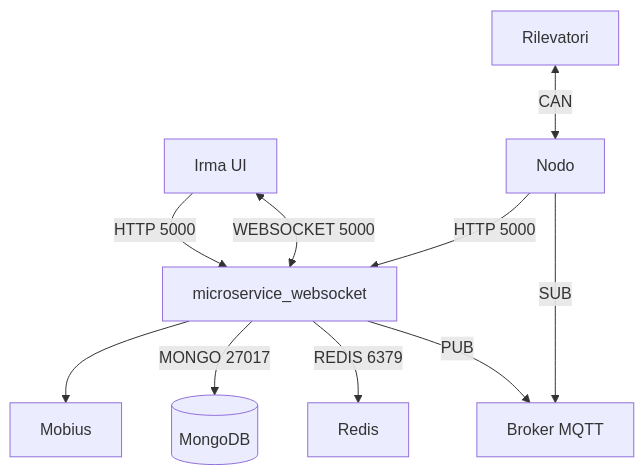
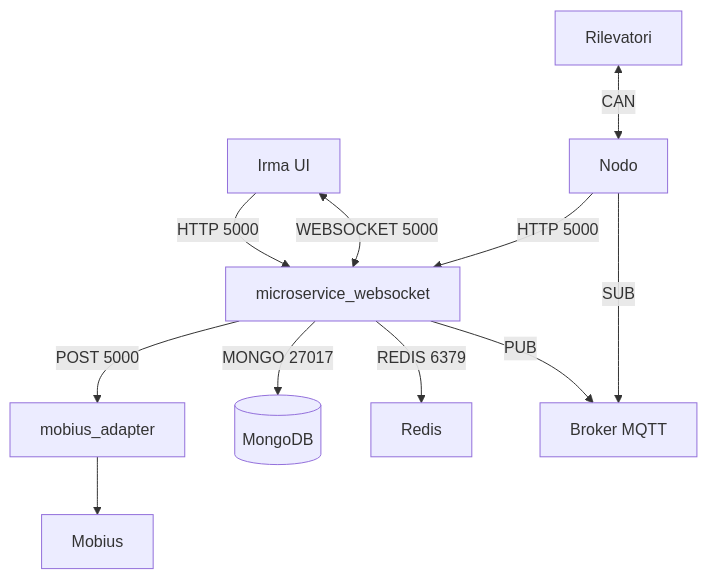
One commit to monemasrl/irma changed the first of 4 diagrams in README.md. Above: the diagram before and after it, drawn with Mermaid. The commit also changed other lines of this file and 4 other files, not shown here.

Commit message:
Update graphs

````diff
--- a/README.md
+++ b/README.md
@@ -18,24 +18,26 @@
 ```mermaid
 flowchart TD;
 
 msw[microservice_websocket]
 mobius[Mobius]
+ma[mobius_adapter]
 irma-ui[Irma UI]
 mqtt[Broker MQTT]
 redis[Redis]
 mongo[(MongoDB)]
 
 nodo[Nodo]
 rilevatori[Rilevatori]
 
-msw --> mobius
+msw -- POST 5000 --> ma
+ma --> mobius
 msw -- MONGO 27017 --> mongo
 irma-ui -- HTTP 5000 --> msw
 nodo -- HTTP 5000 --> msw
 irma-ui <-- WEBSOCKET 5000 --> msw
 rilevatori <-- CAN --> nodo
 msw -- REDIS 6379 --> redis
 
 msw -- PUB --> mqtt
 nodo -- SUB --> mqtt
 ```
````
